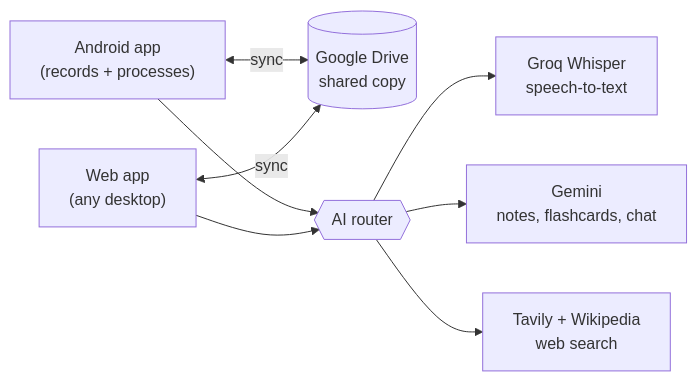
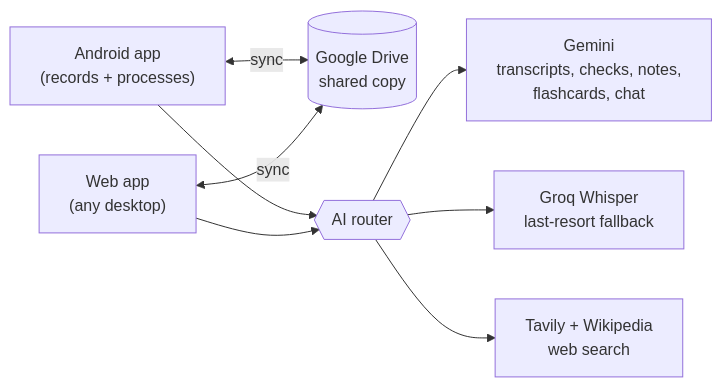
The diagram in README.md (hammadshakeelai/notes-app), drawn with Mermaid before and after one commit. The commit also changed other lines of this file and 2 other files, not shown here.

````diff
--- a/README.md
+++ b/README.md
@@ -38,10 +40,10 @@
 ```mermaid
 flowchart LR
     Phone["Android app<br/>(records + processes)"] <-- sync --> Drive[("Google Drive<br/>shared copy")]
     Web["Web app<br/>(any desktop)"] <-- sync --> Drive
     Phone --> Router{{"AI router"}}
     Web --> Router
-    Router --> Groq["Groq Whisper<br/>speech-to-text"]
-    Router --> Gemini["Gemini<br/>notes, flashcards, chat"]
+    Router --> Gemini["Gemini<br/>transcripts, checks, notes,<br/>flashcards, chat"]
+    Router --> Groq["Groq Whisper<br/>last-resort fallback"]
     Router --> Search["Tavily + Wikipedia<br/>web search"]
 ```
````
